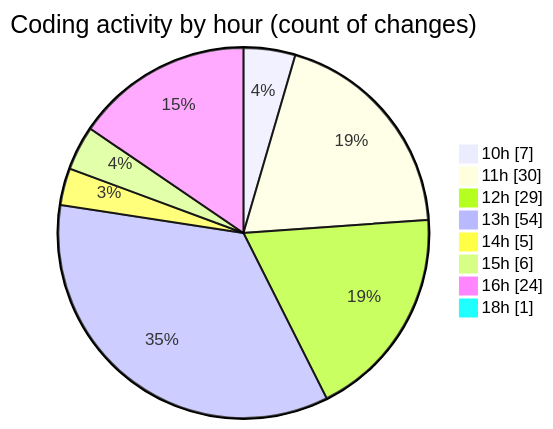
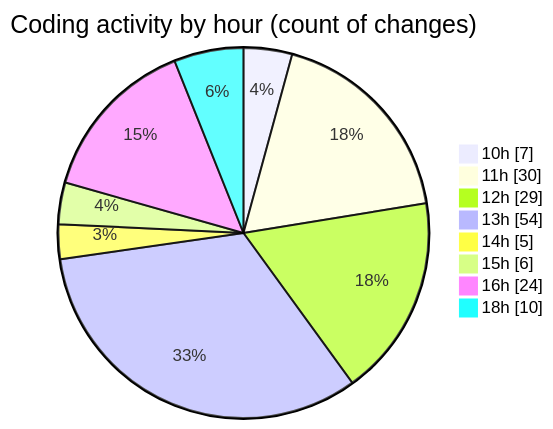
One commit to momahboobian/code-tracking changed the second of 2 diagrams in 2025-06-26/cda/README.md. Above: the diagram before and after it, drawn with Mermaid. The commit also changed other lines of this file and 1 other file, not shown here.

````diff
--- a/2025-06-26/cda/README.md
+++ b/2025-06-26/cda/README.md
@@ -42,12 +44,12 @@
 ```mermaid
 pie showData
 title Coding activity by hour (count of changes)
 "10h" : 7
 "11h" : 30
 "12h" : 29
 "13h" : 54
 "14h" : 5
 "15h" : 6
 "16h" : 24
-"18h" : 1
+"18h" : 10
 ```
````
